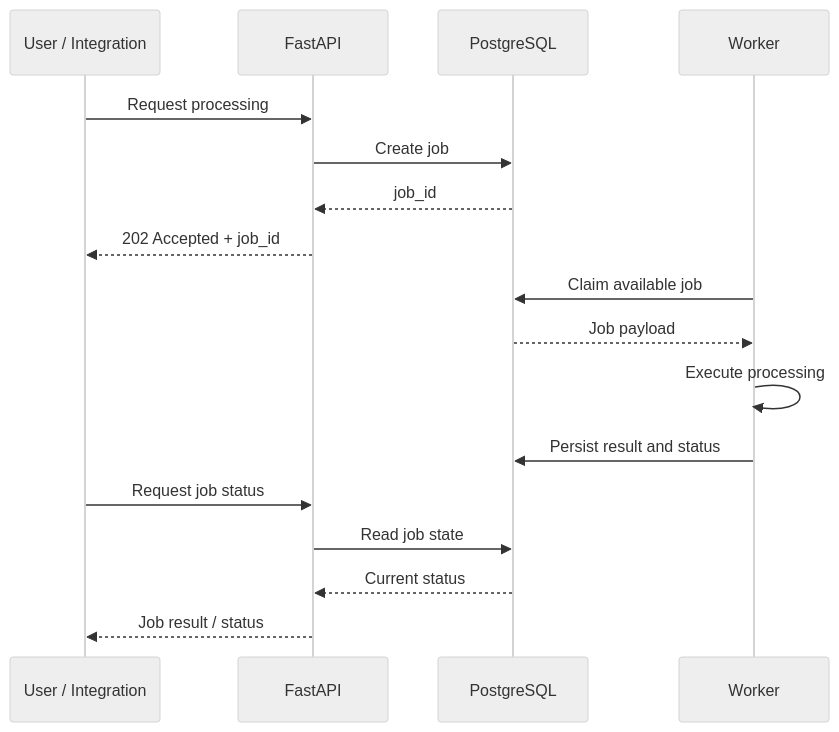
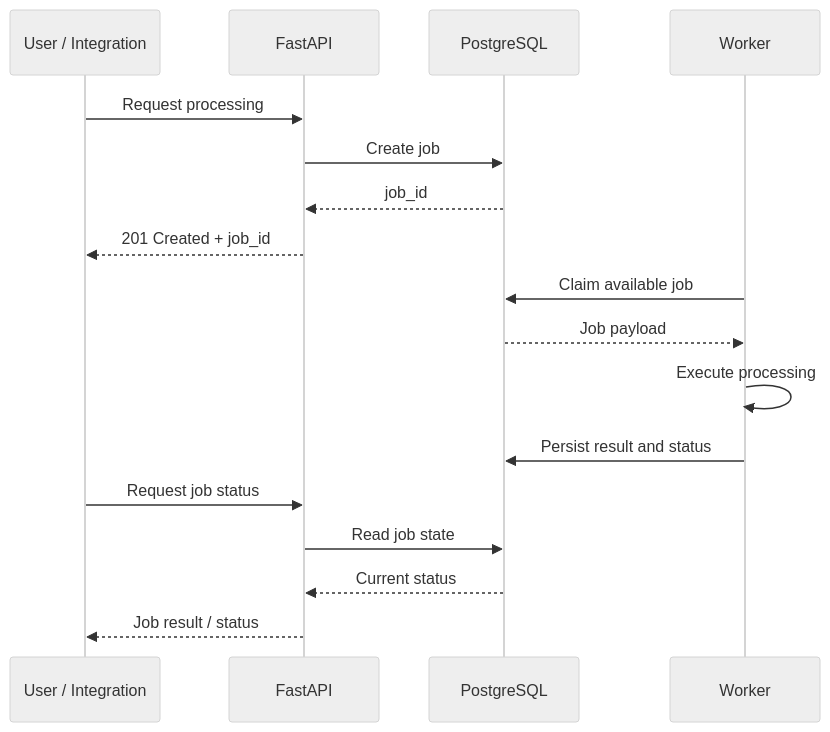
One commit to SebastianGarrido2790/ai-powered-business-operations-reporting-platform changed the third of 6 diagrams in reports/docs/architecture/system_design.md. Above: the diagram before and after it, drawn with Mermaid (neutral theme). The commit also changed other lines of this file, not shown here.

````diff
--- a/reports/docs/architecture/system_design.md
+++ b/reports/docs/architecture/system_design.md
@@ -521,20 +553,20 @@
 ```mermaid
 sequenceDiagram
     participant U as User / Integration
     participant API as FastAPI
     participant DB as PostgreSQL
     participant W as Worker
 
     U->>API: Request processing
     API->>DB: Create job
     DB-->>API: job_id
-    API-->>U: 202 Accepted + job_id
+    API-->>U: 201 Created + job_id
     W->>DB: Claim available job
     DB-->>W: Job payload
     W->>W: Execute processing
     W->>DB: Persist result and status
     U->>API: Request job status
     API->>DB: Read job state
     DB-->>API: Current status
     API-->>U: Job result / status
 ```
````
